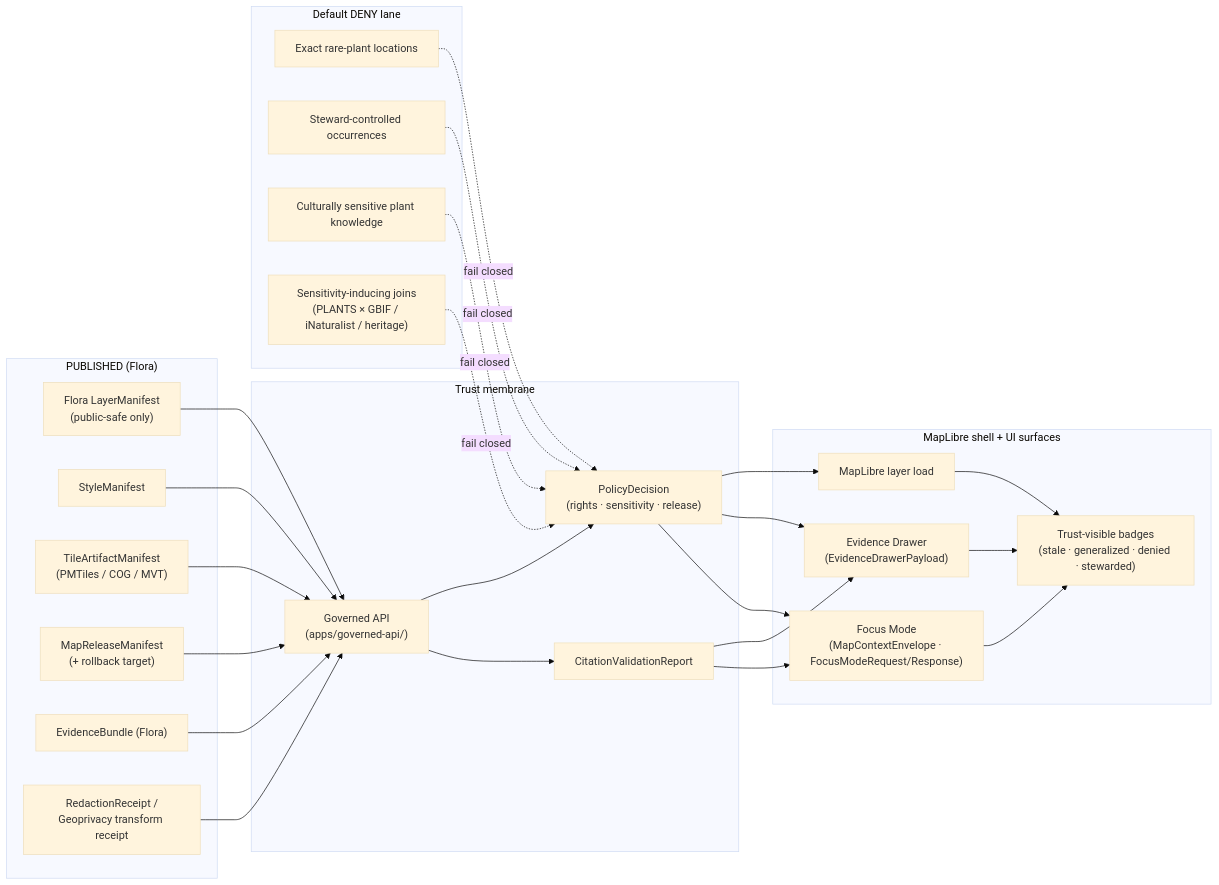
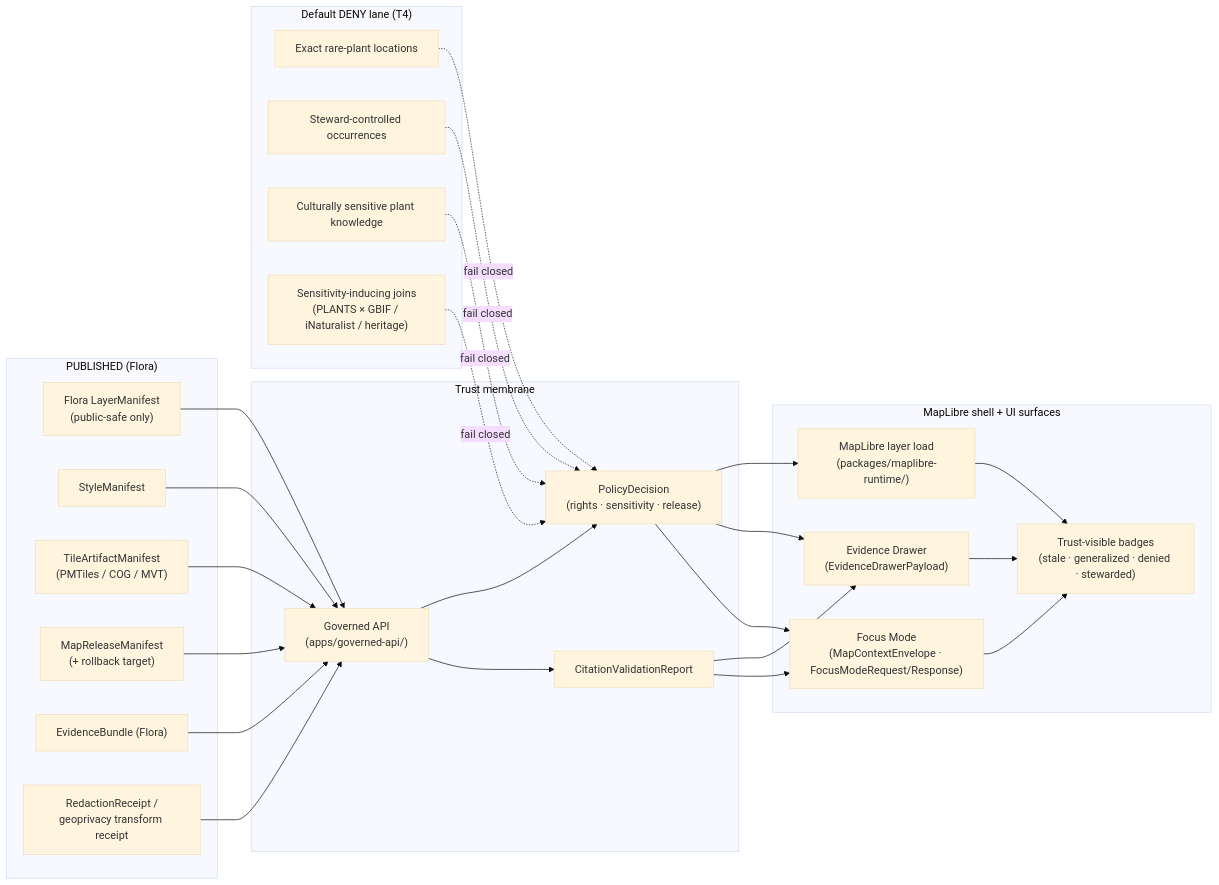
The diagram in docs/domains/flora/MAP_UI_CONTRACTS.md (bartytime4life/Kansas-Frontier-Matrix), drawn with Mermaid (base theme) before and after one commit. The commit also changed other lines of this file, not shown here.

````diff
--- a/docs/domains/flora/MAP_UI_CONTRACTS.md
+++ b/docs/domains/flora/MAP_UI_CONTRACTS.md
@@ -116,56 +129,56 @@
 ```mermaid
 flowchart LR
     subgraph PUBLISHED["PUBLISHED (Flora)"]
         FLM["Flora LayerManifest<br/>(public-safe only)"]
         FSM["StyleManifest"]
         FTM["TileArtifactManifest<br/>(PMTiles / COG / MVT)"]
         FMR["MapReleaseManifest<br/>(+ rollback target)"]
         FEB["EvidenceBundle (Flora)"]
-        FRR["RedactionReceipt /<br/>Geoprivacy transform receipt"]
+        FRR["RedactionReceipt /<br/>geoprivacy transform receipt"]
     end
 
     subgraph TRUST["Trust membrane"]
         GAPI["Governed API<br/>(apps/governed-api/)"]
         POL["PolicyDecision<br/>(rights · sensitivity · release)"]
         CVR["CitationValidationReport"]
     end
 
     subgraph UI["MapLibre shell + UI surfaces"]
-        ML["MapLibre layer load"]
+        ML["MapLibre layer load<br/>(packages/maplibre-runtime/)"]
         ED["Evidence Drawer<br/>(EvidenceDrawerPayload)"]
         FM["Focus Mode<br/>(MapContextEnvelope · FocusModeRequest/Response)"]
         TB["Trust-visible badges<br/>(stale · generalized · denied · stewarded)"]
     end
 
-    subgraph DENY["Default DENY lane"]
+    subgraph DENY["Default DENY lane (T4)"]
         EXACT["Exact rare-plant locations"]
         STEWARD["Steward-controlled occurrences"]
         CULT["Culturally sensitive plant knowledge"]
         JOIN["Sensitivity-inducing joins<br/>(PLANTS × GBIF / iNaturalist / heritage)"]
     end
 
     FLM --> GAPI
     FSM --> GAPI
     FTM --> GAPI
     FMR --> GAPI
     FEB --> GAPI
     FRR --> GAPI
 
     GAPI --> POL
     GAPI --> CVR
 
     POL --> ML
     POL --> ED
     POL --> FM
     CVR --> ED
     CVR --> FM
 
     ML --> TB
     ED --> TB
     FM --> TB
 
     EXACT -. fail closed .-> POL
     STEWARD -. fail closed .-> POL
     CULT -. fail closed .-> POL
     JOIN -. fail closed .-> POL
 ```
````
